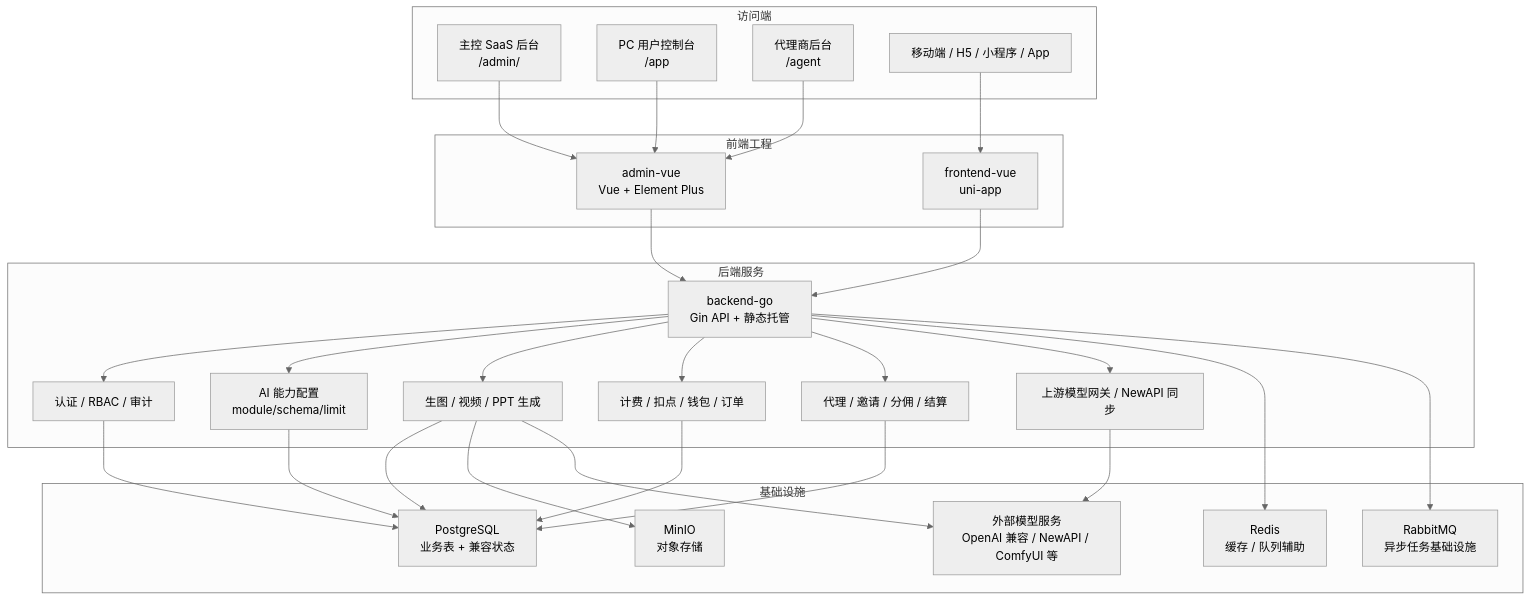
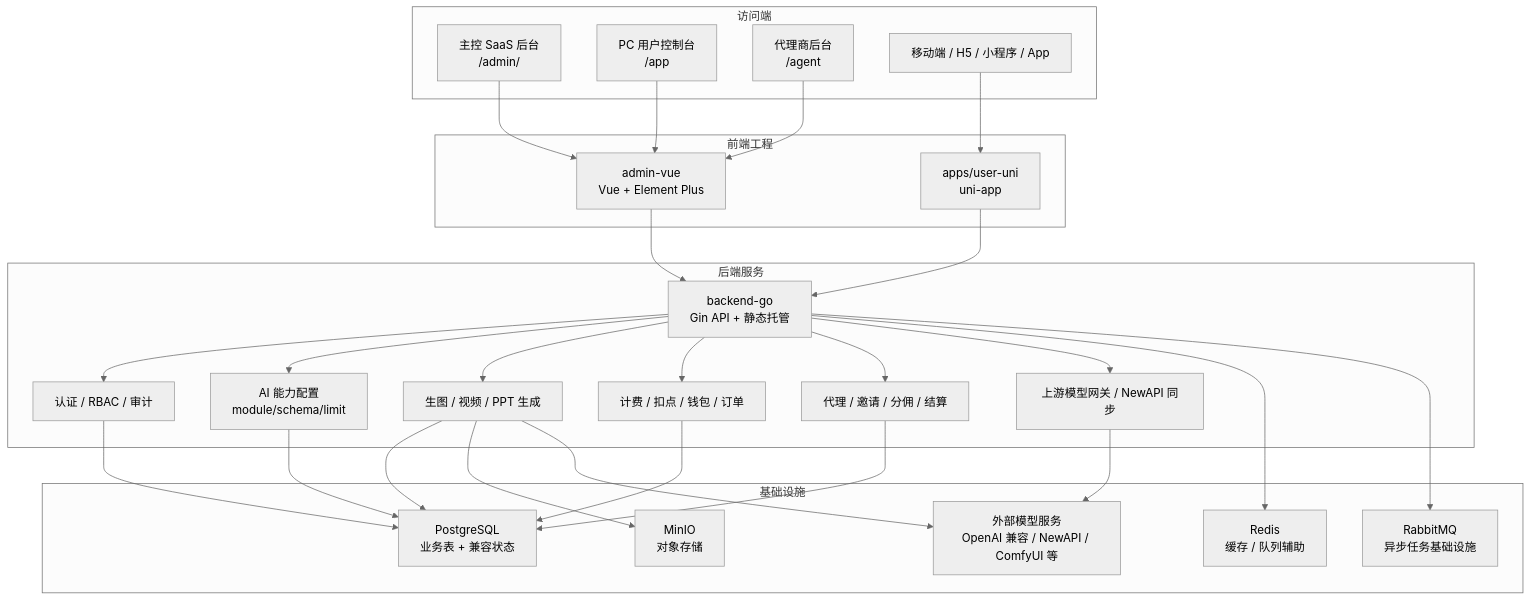
One commit to lmxchyy/zhiqiyun-ai changed the first of 5 diagrams in docs/project-functional-architecture.md. Above: the diagram before and after it, drawn with Mermaid (neutral theme). The commit also changed other lines of this file and 264 other files, not shown here.

````diff
--- a/docs/project-functional-architecture.md
+++ b/docs/project-functional-architecture.md
@@ -27,58 +27,58 @@
 ```mermaid
 flowchart TB
   subgraph Client["访问端"]
     Admin["主控 SaaS 后台<br/>/admin/"]
     UserPC["PC 用户控制台<br/>/app"]
     AgentPC["代理商后台<br/>/agent"]
     Mobile["移动端 / H5 / 小程序 / App"]
   end
 
   subgraph Frontend["前端工程"]
     AdminVue["admin-vue<br/>Vue + Element Plus"]
-    FrontendVue["frontend-vue<br/>uni-app"]
+    UserUni["apps/user-uni<br/>uni-app"]
   end
 
   subgraph Backend["后端服务"]
     GoAPI["backend-go<br/>Gin API + 静态托管"]
     Auth["认证 / RBAC / 审计"]
     AICapability["AI 能力配置<br/>module/schema/limit"]
     Generation["生图 / 视频 / PPT 生成"]
     Billing["计费 / 扣点 / 钱包 / 订单"]
     Channel["代理 / 邀请 / 分佣 / 结算"]
     Gateway["上游模型网关 / NewAPI 同步"]
   end
 
   subgraph Infra["基础设施"]
     Postgres["PostgreSQL<br/>业务表 + 兼容状态"]
     Redis["Redis<br/>缓存 / 队列辅助"]
     RabbitMQ["RabbitMQ<br/>异步任务基础设施"]
     MinIO["MinIO<br/>对象存储"]
     Provider["外部模型服务<br/>OpenAI 兼容 / NewAPI / ComfyUI 等"]
   end
 
   Admin --> AdminVue
   UserPC --> AdminVue
   AgentPC --> AdminVue
-  Mobile --> FrontendVue
+  Mobile --> UserUni
 
   AdminVue --> GoAPI
-  FrontendVue --> GoAPI
+  UserUni --> GoAPI
 
   GoAPI --> Auth
   GoAPI --> AICapability
   GoAPI --> Generation
   GoAPI --> Billing
   GoAPI --> Channel
   GoAPI --> Gateway
 
   Auth --> Postgres
   AICapability --> Postgres
   Generation --> Postgres
   Generation --> MinIO
   Generation --> Provider
   Billing --> Postgres
   Channel --> Postgres
   Gateway --> Provider
   GoAPI --> Redis
   GoAPI --> RabbitMQ
 ```
````
